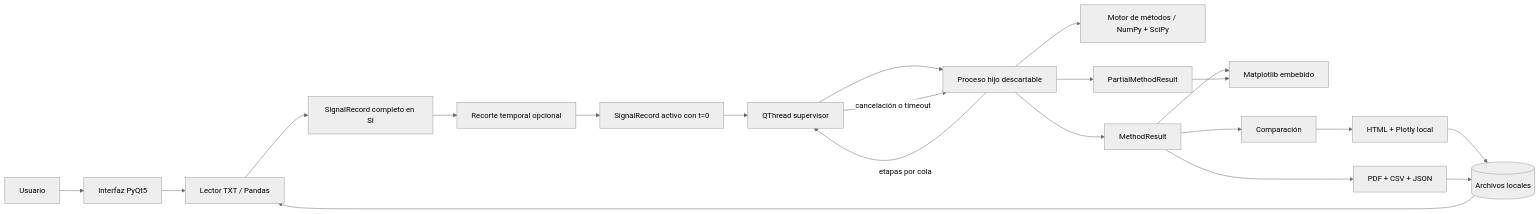
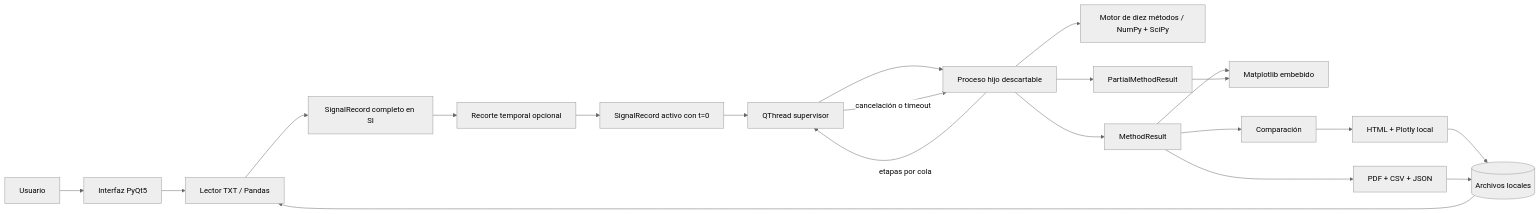
Before and after one commit to jolumartinez/desp_from_acc: the diagram in docs/desp_desktop_app/architecture.mmd, drawn with Mermaid (neutral theme). The commit also changed 29 other files, not shown here.

```diff
--- a/docs/desp_desktop_app/architecture.mmd
+++ b/docs/desp_desktop_app/architecture.mmd
@@ -1,21 +1,21 @@
 flowchart LR
     U[Usuario] --> QT[Interfaz PyQt5]
     QT --> IO[Lector TXT / Pandas]
     IO --> S[SignalRecord completo en SI]
     S --> X[Recorte temporal opcional]
     X --> A[SignalRecord activo con t=0]
     A --> Q[QThread supervisor]
     Q --> E[Proceso hijo descartable]
-    E --> N[Motor de métodos / NumPy + SciPy]
+    E --> N[Motor de diez métodos / NumPy + SciPy]
     E -->|etapas por cola| Q
     E --> R[MethodResult]
     E --> PR[PartialMethodResult]
     Q -->|cancelación o timeout| E
     R --> V[Matplotlib embebido]
     PR --> V
     R --> C[Comparación]
     C --> H[HTML + Plotly local]
     R --> P[PDF + CSV + JSON]
     D[(Archivos locales)] --> IO
     H --> D
     P --> D
```
